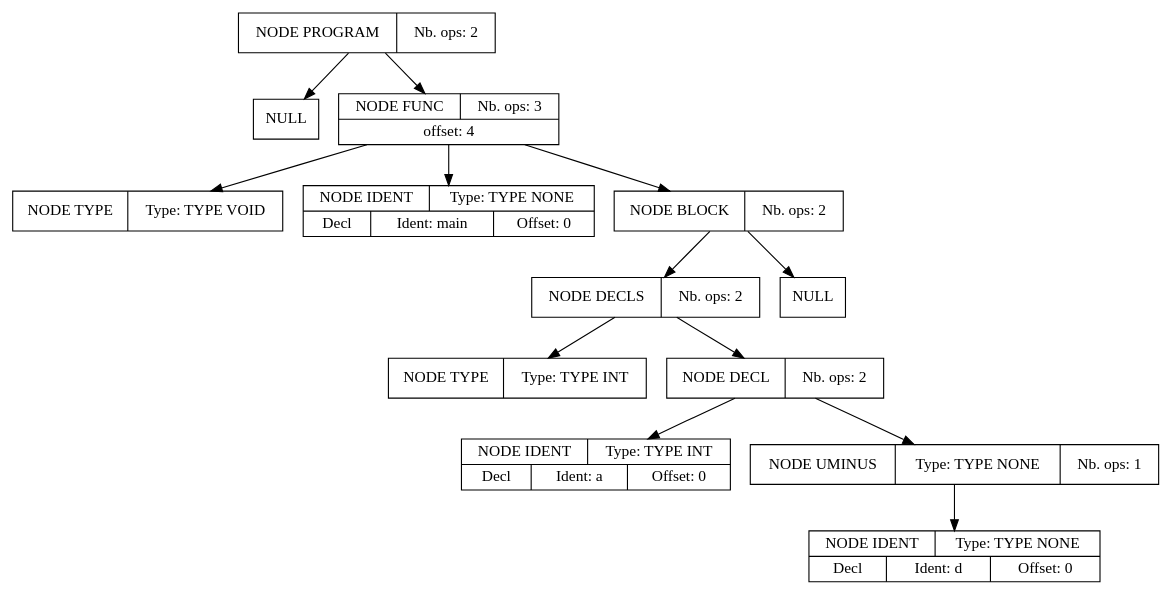
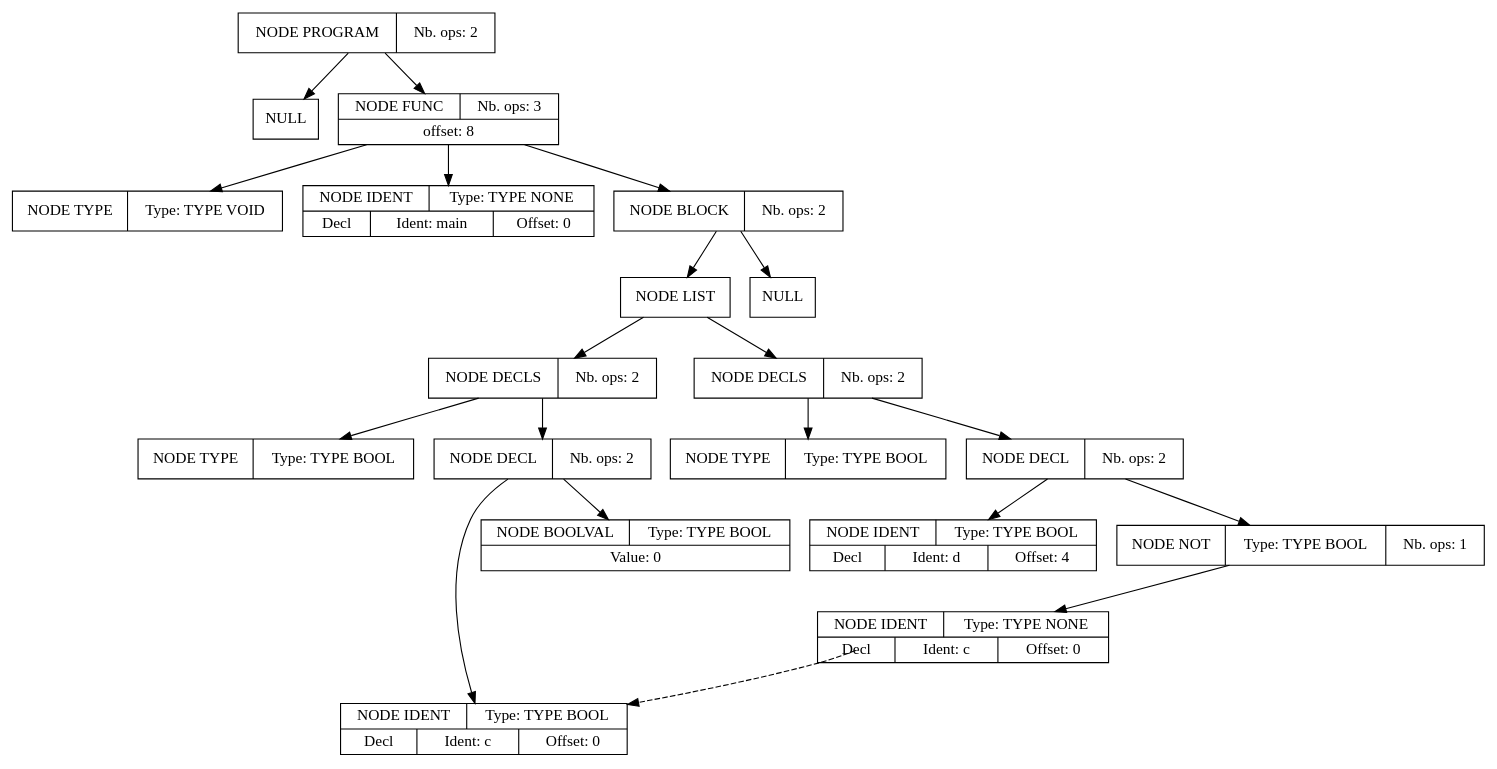
The diagram in apres_passe_1.dot (Youssefch05/Projet_compilation), drawn with Graphviz before and after one commit. The commit also changed 9 other files, not shown here.

```diff
--- a/apres_passe_1.dot
+++ b/apres_passe_1.dot
@@ -1,39 +1,59 @@
 digraph global_vars {
     N1 [shape=record, label="{{NODE PROGRAM|Nb. ops: 2}}"];
     N2 [shape=record, label="{{NULL}}"];
     edge[tailclip=true];
     N1 -> N2
-    N3 [shape=record, label="{{NODE FUNC|Nb. ops: 3}|{offset: 4}}"];
+    N3 [shape=record, label="{{NODE FUNC|Nb. ops: 3}|{offset: 8}}"];
     N4 [shape=record, label="{{NODE TYPE|Type: TYPE VOID}}"];
     edge[tailclip=true];
     N3 -> N4
     N5 [shape=record, label="{{NODE IDENT|Type: TYPE NONE}|{<decl>Decl      |Ident: main|Offset: 0}}"];
     edge[tailclip=true];
     N3 -> N5
     N6 [shape=record, label="{{NODE BLOCK|Nb. ops: 2}}"];
-    N7 [shape=record, label="{{NODE DECLS|Nb. ops: 2}}"];
-    N8 [shape=record, label="{{NODE TYPE|Type: TYPE INT}}"];
+    N7 [shape=record, label="{{NODE LIST}}"];
+    N8 [shape=record, label="{{NODE DECLS|Nb. ops: 2}}"];
+    N9 [shape=record, label="{{NODE TYPE|Type: TYPE BOOL}}"];
+    edge[tailclip=true];
+    N8 -> N9
+    N10 [shape=record, label="{{NODE DECL|Nb. ops: 2}}"];
+    N11 [shape=record, label="{{NODE IDENT|Type: TYPE BOOL}|{<decl>Decl      |Ident: c|Offset: 0}}"];
+    edge[tailclip=true];
+    N10 -> N11
+    N12 [shape=record, label="{{NODE BOOLVAL|Type: TYPE BOOL}|{Value: 0}}"];
+    edge[tailclip=true];
+    N10 -> N12
+    edge[tailclip=true];
+    N8 -> N10
     edge[tailclip=true];
     N7 -> N8
-    N9 [shape=record, label="{{NODE DECL|Nb. ops: 2}}"];
-    N10 [shape=record, label="{{NODE IDENT|Type: TYPE INT}|{<decl>Decl      |Ident: a|Offset: 0}}"];
+    N13 [shape=record, label="{{NODE DECLS|Nb. ops: 2}}"];
+    N14 [shape=record, label="{{NODE TYPE|Type: TYPE BOOL}}"];
     edge[tailclip=true];
-    N9 -> N10
-    N11 [shape=record, label="{{NODE UMINUS|Type: TYPE NONE|Nb. ops: 1}}"];
-    N12 [shape=record, label="{{NODE IDENT|Type: TYPE NONE}|{<decl>Decl      |Ident: d|Offset: 0}}"];
+    N13 -> N14
+    N15 [shape=record, label="{{NODE DECL|Nb. ops: 2}}"];
+    N16 [shape=record, label="{{NODE IDENT|Type: TYPE BOOL}|{<decl>Decl      |Ident: d|Offset: 4}}"];
     edge[tailclip=true];
-    N11 -> N12
+    N15 -> N16
+    N17 [shape=record, label="{{NODE NOT|Type: TYPE BOOL|Nb. ops: 1}}"];
+    N18 [shape=record, label="{{NODE IDENT|Type: TYPE NONE}|{<decl>Decl      |Ident: c|Offset: 0}}"];
+    edge[tailclip=false];
+    "N18":decl:c -> "N11" [style=dashed]
     edge[tailclip=true];
-    N9 -> N11
+    N17 -> N18
     edge[tailclip=true];
-    N7 -> N9
+    N15 -> N17
+    edge[tailclip=true];
+    N13 -> N15
+    edge[tailclip=true];
+    N7 -> N13
     edge[tailclip=true];
     N6 -> N7
-    N13 [shape=record, label="{{NULL}}"];
+    N19 [shape=record, label="{{NULL}}"];
     edge[tailclip=true];
-    N6 -> N13
+    N6 -> N19
     edge[tailclip=true];
     N3 -> N6
     edge[tailclip=true];
     N1 -> N3
 }
```
